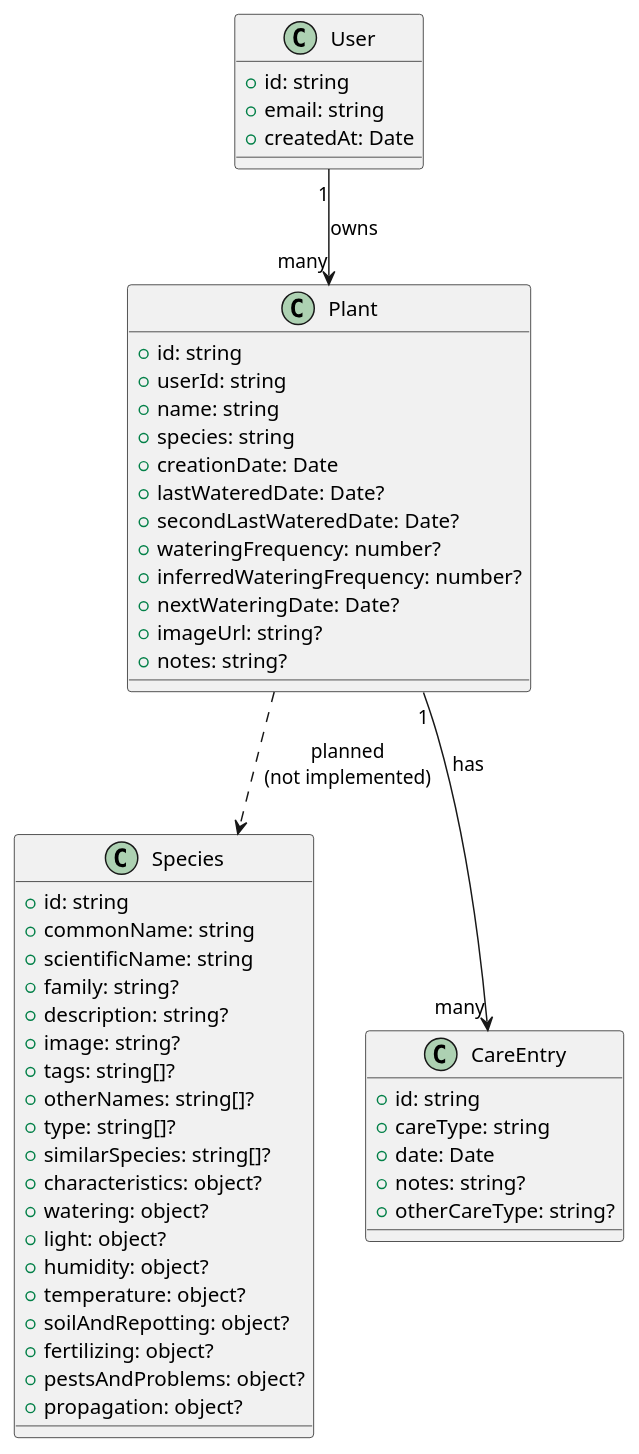
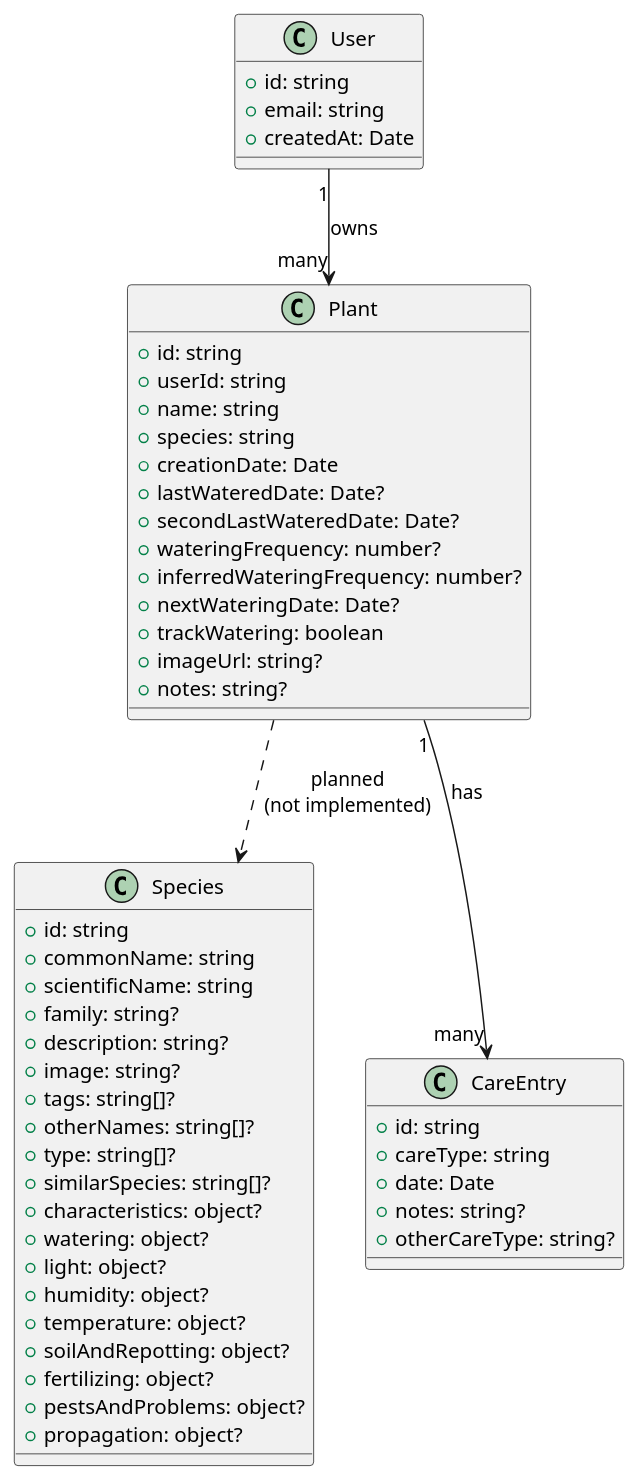
Before and after one commit to Michela-M/the-plant-project: the diagram in docs/database/erd.plantuml, drawn with PlantUML. The commit also changed 13 other files, not shown here.

```diff
--- a/docs/database/erd.plantuml
+++ b/docs/database/erd.plantuml
@@ -1,76 +1,77 @@
 @startuml name ERD
 
 ' ============================
 ' ENTITIES
 ' ============================
 
 skinparam class {
   BackgroundColor<<planned>> #DDDDDD
   BorderColor<<planned>> #999999
 }
 
 class User {
   +id: string
   +email: string
   +createdAt: Date
 }
 
 class Plant {
   +id: string
   +userId: string
   +name: string
   +species: string
   +creationDate: Date
   +lastWateredDate: Date?
   +secondLastWateredDate: Date?
   +wateringFrequency: number?
   +inferredWateringFrequency: number?
   +nextWateringDate: Date?
+  +trackWatering: boolean
   +imageUrl: string?
   +notes: string?
 }
 
 class Species {
   +id: string
   +commonName: string
   +scientificName: string
   +family: string?
   +description: string?
   +image: string?
   +tags: string[]?
   +otherNames: string[]?
   +type: string[]?
   +similarSpecies: string[]?
   +characteristics: object?
   +watering: object?
   +light: object?
   +humidity: object?
   +temperature: object?
   +soilAndRepotting: object?
   +fertilizing: object?
   +pestsAndProblems: object?
   +propagation: object?
 }
 
 class CareEntry {
   +id: string
   +careType: string
   +date: Date
   +notes: string?
   +otherCareType: string?
 }
 
 ' ============================
 ' RELATIONSHIPS (CURRENT)
 ' ============================
 
 User "1" --> "many" Plant : owns
 Plant "1" --> "many" CareEntry : has
 
 ' ============================
 ' FUTURE RELATIONSHIPS (PLANNED)
 ' ============================
 
 Plant ..> Species : planned\n(not implemented)
 
 @enduml
```
